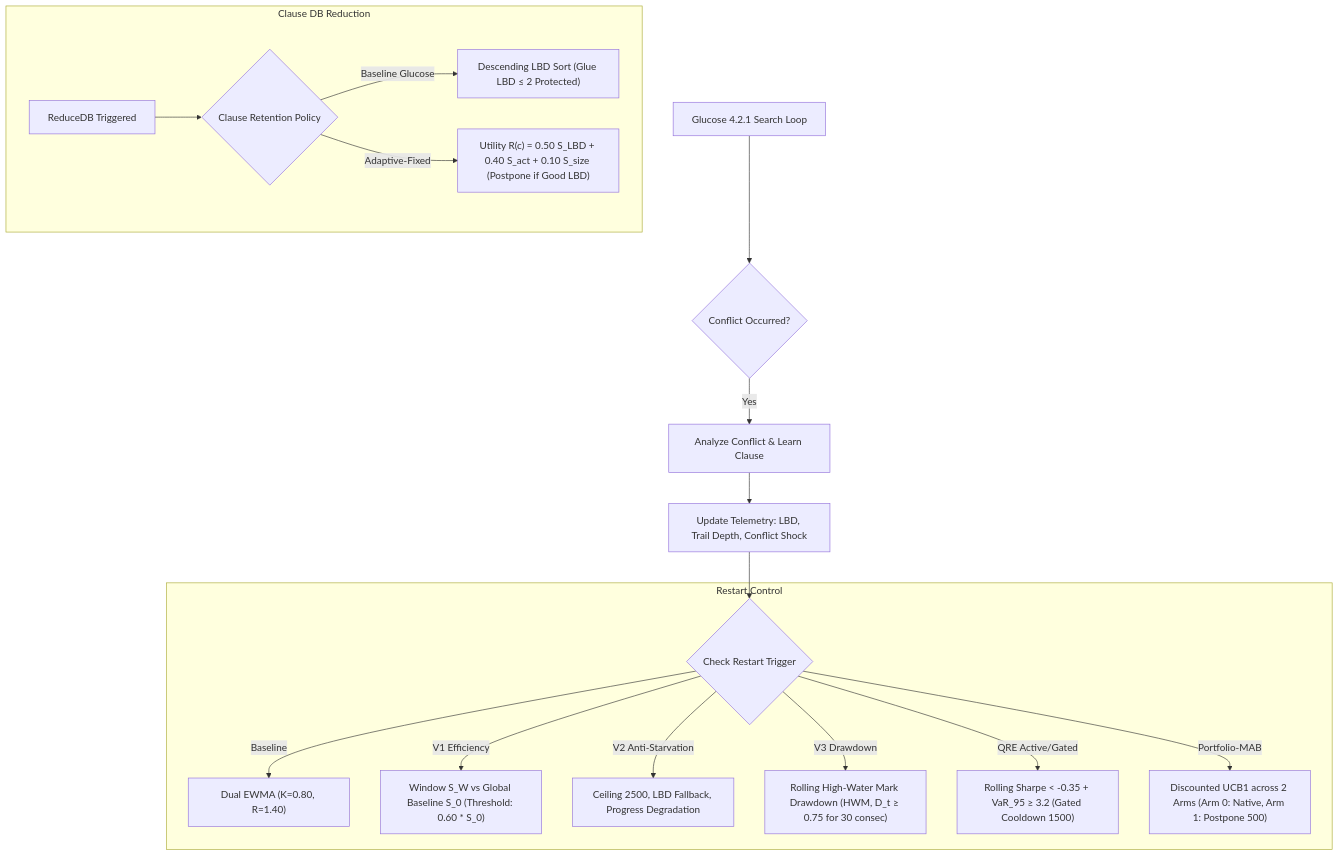
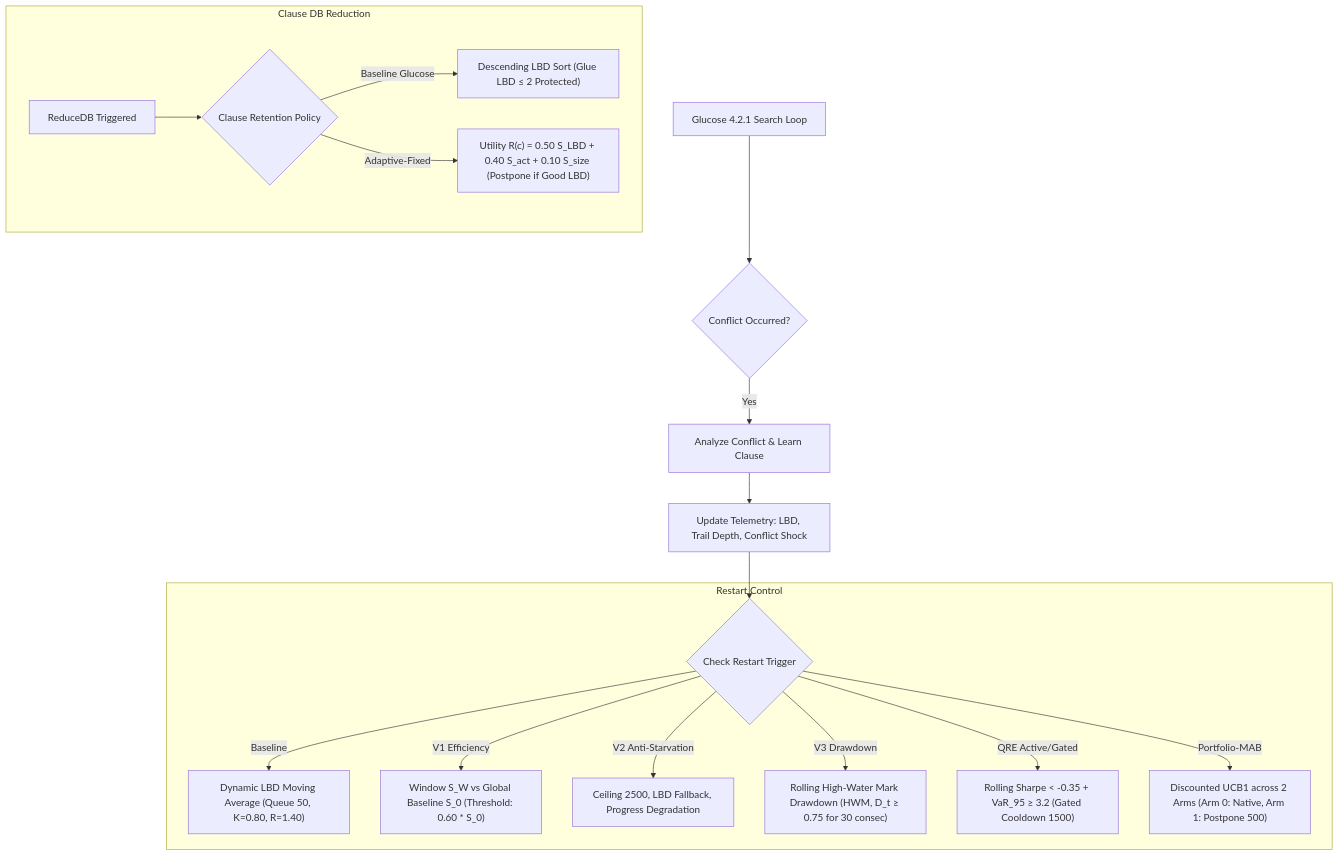
The diagram in README.md (JamesBond-crypto/Adaptive-Restart-Nogood-Management-CDCL-SAT), drawn with Mermaid before and after one commit. The commit also changed other lines of this file and 1 other file, not shown here.

````diff
--- a/README.md
+++ b/README.md
@@ -68,22 +68,22 @@
 ```mermaid
 flowchart TD
     A["Glucose 4.2.1 Search Loop"] --> B{"Conflict Occurred?"}
     B -- Yes --> C["Analyze Conflict & Learn Clause"]
     C --> D["Update Telemetry: LBD, Trail Depth, Conflict Shock"]
     D --> E{"Check Restart Trigger"}
     
     subgraph Restart Control
-        E -- Baseline --> F["Dual EWMA (K=0.80, R=1.40)"]
+        E -- Baseline --> F["Dynamic LBD Moving Average (Queue 50, K=0.80, R=1.40)"]
         E -- V1 Efficiency --> G["Window S_W vs Global Baseline S_0 (Threshold: 0.60 * S_0)"]
         E -- V2 Anti-Starvation --> H["Ceiling 2500, LBD Fallback, Progress Degradation"]
         E -- V3 Drawdown --> I["Rolling High-Water Mark Drawdown (HWM, D_t ≥ 0.75 for 30 consec)"]
         E -- QRE Active/Gated --> J["Rolling Sharpe < -0.35 + VaR_95 ≥ 3.2 (Gated Cooldown 1500)"]
         E -- Portfolio-MAB --> K["Discounted UCB1 across 2 Arms (Arm 0: Native, Arm 1: Postpone 500)"]
     end
     
     subgraph Clause DB Reduction
         L["ReduceDB Triggered"] --> M{"Clause Retention Policy"}
         M -- Baseline Glucose --> N["Descending LBD Sort (Glue LBD ≤ 2 Protected)"]
         M -- Adaptive-Fixed --> O["Utility R(c) = 0.50 S_LBD + 0.40 S_act + 0.10 S_size (Postpone if Good LBD)"]
     end
 ```
````
